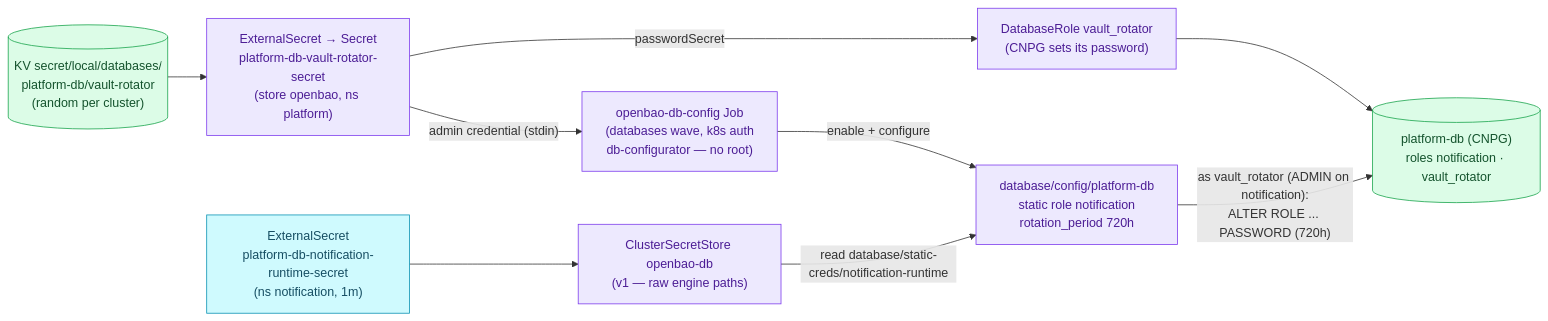
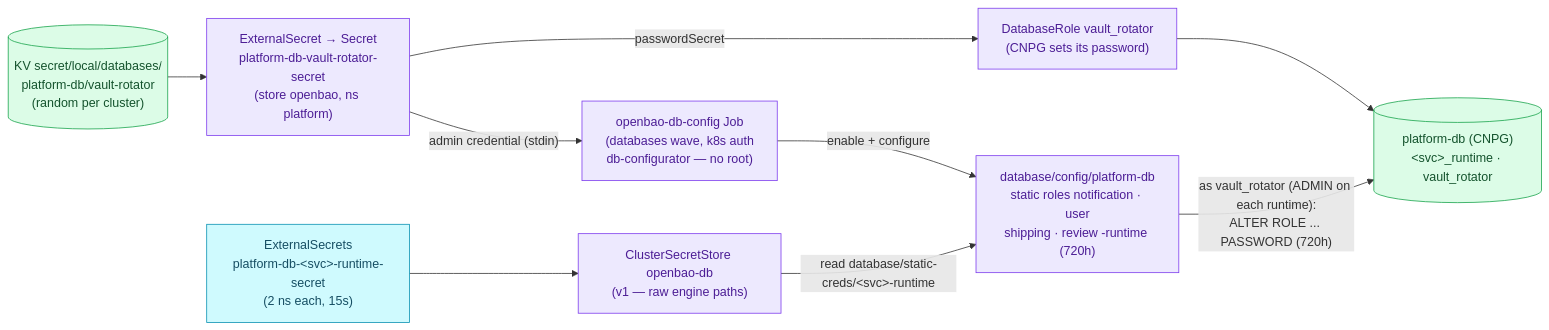
The eighth of 19 diagrams in docs/secrets/openbao.md (duynhlab/homelab), drawn with Mermaid before and after one commit. The commit also changed other lines of this file and 33 other files, not shown here.

First line of the commit message:
Rotate platform-db runtime passwords via OpenBAO (#1310)

````diff
--- a/docs/secrets/openbao.md
+++ b/docs/secrets/openbao.md
@@ -492,24 +504,24 @@
 ```mermaid
 flowchart LR
     kv[("KV secret/local/databases/<br/>platform-db/vault-rotator<br/>(random per cluster)")]:::data
     adm["ExternalSecret → Secret<br/>platform-db-vault-rotator-secret<br/>(store openbao, ns platform)"]:::platform
     dbrole["DatabaseRole vault_rotator<br/>(CNPG sets its password)"]:::platform
     job["openbao-db-config Job<br/>(databases wave, k8s auth<br/>db-configurator — no root)"]:::platform
-    eng["database/config/platform-db<br/>static role notification<br/>rotation_period 720h"]:::platform
-    pg[("platform-db (CNPG)<br/>roles notification · vault_rotator")]:::data
+    eng["database/config/platform-db<br/>static roles notification · user<br/>shipping · review -runtime (720h)"]:::platform
+    pg[("platform-db (CNPG)<br/>&lt;svc&gt;_runtime · vault_rotator")]:::data
     store["ClusterSecretStore openbao-db<br/>(v1 — raw engine paths)"]:::platform
-    es["ExternalSecret<br/>platform-db-notification-runtime-secret<br/>(ns notification, 1m)"]:::service
+    es["ExternalSecrets<br/>platform-db-&lt;svc&gt;-runtime-secret<br/>(2 ns each, 15s)"]:::service
 
     kv --> adm
     adm -->|"passwordSecret"| dbrole
     dbrole --> pg
     adm -->|"admin credential (stdin)"| job
     job -->|"enable + configure"| eng
-    eng -->|"as vault_rotator (ADMIN on notification):<br/>ALTER ROLE ... PASSWORD (720h)"| pg
-    store -->|"read database/static-creds/notification-runtime"| eng
+    eng -->|"as vault_rotator (ADMIN on each runtime):<br/>ALTER ROLE ... PASSWORD (720h)"| pg
+    store -->|"read database/static-creds/&lt;svc&gt;-runtime"| eng
     es --> store
 
     classDef service fill:#cffafe,color:#164e63,stroke:#0891b2;
     classDef platform fill:#ede9fe,color:#4c1d95,stroke:#7c3aed;
     classDef data fill:#dcfce7,color:#14532d,stroke:#16a34a;
 ```
````
